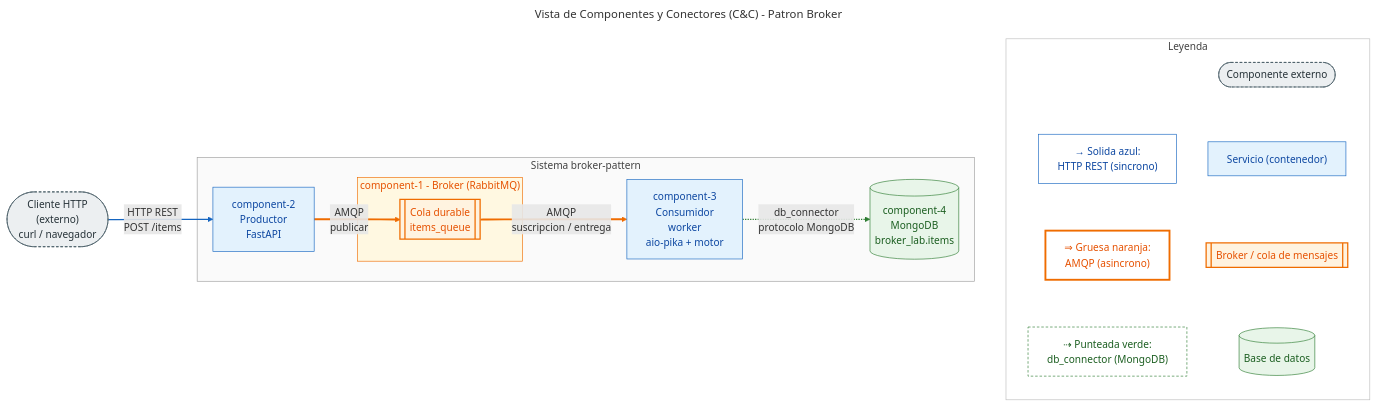
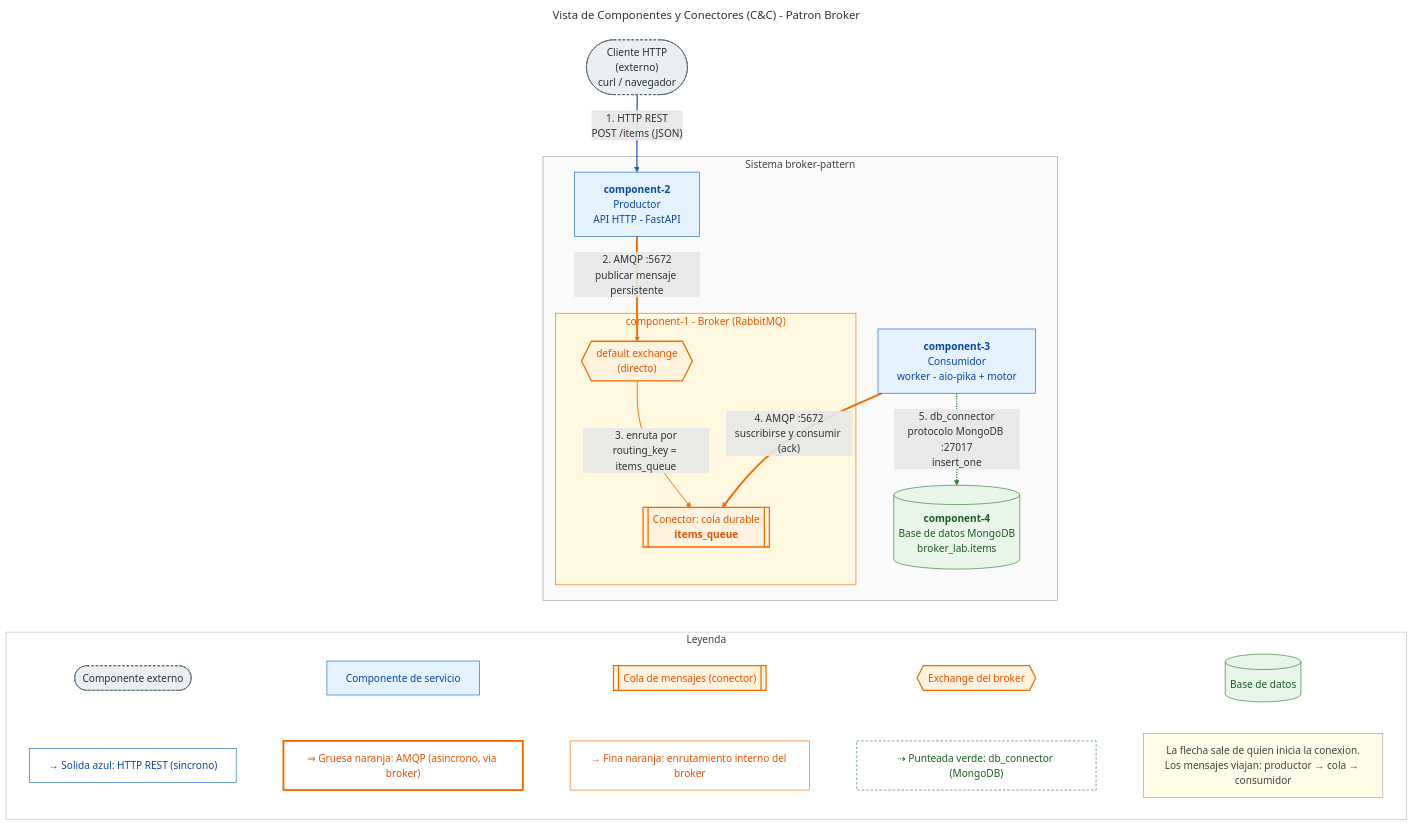
One commit to nicole1ariadna/Labs-Arquisoft changed the first of 2 diagrams in Lab4/README.md. Above: the diagram before and after it, drawn with Mermaid. The commit also changed other lines of this file and 4 other files, not shown here.

First line of the commit message:
Rectifica las vistas del Lab 4 según la guía

````diff
--- a/Lab4/README.md
+++ b/Lab4/README.md
@@ -254,65 +254,79 @@
 ```mermaid
 ---
 title: "Vista de Componentes y Conectores (C&C) - Patron Broker"
+config:
+  flowchart:
+    wrappingWidth: 320
 ---
 %% Laboratorio 4 - Vista C&C del sistema broker-pattern
-%% Formas: estadio = externo, rectangulo = servicio, subrutina = cola, cilindro = base de datos
-%% Flechas: solida = HTTP REST, gruesa = AMQP, punteada = db_connector
-flowchart LR
+%% Conectores segun la guia (seccion 5): C2 -> C1 (AMQP), C3 -> C1 (AMQP), C3 -> C4 (db_connector)
+%% Las flechas apuntan desde quien inicia la conexion; los numeros indican el orden del flujo
+flowchart TB
     cliente(["Cliente HTTP<br/>(externo)<br/>curl / navegador"])
 
     subgraph sistema["Sistema broker-pattern"]
-        c2["component-2<br/>Productor<br/>FastAPI"]
+        c2["<b>component-2</b><br/>Productor<br/>API HTTP - FastAPI"]
+        c3["<b>component-3</b><br/>Consumidor<br/>worker - aio-pika + motor"]
 
         subgraph c1["component-1 - Broker (RabbitMQ)"]
-            q[["Cola durable<br/>items_queue"]]
+            ex{{"default exchange<br/>(directo)"}}
+            q[["Conector: cola durable<br/><b>items_queue</b>"]]
         end
 
-        c3["component-3<br/>Consumidor<br/>worker<br/>aio-pika + motor"]
-        c4[("component-4<br/>MongoDB<br/>broker_lab.items")]
+        c4[("<b>component-4</b><br/>Base de datos MongoDB<br/>broker_lab.items")]
     end
 
-    cliente -- "HTTP REST<br/>POST /items" --> c2
-    c2 == "AMQP<br/>publicar" ==> q
-    q == "AMQP<br/>suscripcion / entrega" ==> c3
-    c3 -. "db_connector<br/>protocolo MongoDB" .-> c4
+    cliente -- "1. HTTP REST<br/>POST /items (JSON)" --> c2
+    c2 == "2. AMQP :5672<br/>publicar mensaje persistente" ==> ex
+    ex -- "3. enruta por<br/>routing_key = items_queue" --> q
+    c3 == "4. AMQP :5672<br/>suscribirse y consumir (ack)" ==> q
+    c3 -. "5. db_connector<br/>protocolo MongoDB :27017<br/>insert_one" .-> c4
 
     subgraph leyenda["Leyenda"]
+        direction LR
         lx(["Componente externo"])
-        ls["Servicio (contenedor)"]
-        lb[["Broker / cola de mensajes"]]
+        ls["Componente de servicio"]
+        lb[["Cola de mensajes (conector)"]]
+        le{{"Exchange del broker"}}
         ld[("Base de datos")]
-        lh["#8594; Solida azul:<br/>HTTP REST (sincrono)"]
-        la["#8658; Gruesa naranja:<br/>AMQP (asincrono)"]
-        lm["#8674; Punteada verde:<br/>db_connector (MongoDB)"]
-        lh ~~~ la ~~~ lm
-        lx ~~~ ls ~~~ lb ~~~ ld
+        lh["#8594; Solida azul: HTTP REST (sincrono)"]
+        la["#8658; Gruesa naranja: AMQP (asincrono, via broker)"]
+        lr["#8594; Fina naranja: enrutamiento interno del broker"]
+        lm["#8674; Punteada verde: db_connector (MongoDB)"]
+        ln["La flecha sale de quien inicia la conexion.<br/>Los mensajes viajan: productor #8594; cola #8594; consumidor"]
+        lx ~~~ ls ~~~ lb ~~~ le ~~~ ld
+        lh ~~~ la ~~~ lr ~~~ lm ~~~ ln
     end
 
-    %% enlace invisible: ubica la leyenda a la derecha del sistema
-    c4 ~~~ leyenda
+    %% enlace invisible: ubica la leyenda debajo del sistema
+    q ~~~ leyenda
 
     classDef externo fill:#eceff1,stroke:#455a64,color:#263238,stroke-dasharray:4 3;
     classDef servicio fill:#e3f2fd,stroke:#1565c0,color:#0d47a1;
     classDef broker fill:#fff3e0,stroke:#ef6c00,color:#e65100,stroke-width:2px;
     classDef bd fill:#e8f5e9,stroke:#2e7d32,color:#1b5e20;
     classDef conHttp fill:#ffffff,stroke:#1565c0,color:#0d47a1;
     classDef conAmqp fill:#ffffff,stroke:#ef6c00,color:#e65100,stroke-width:3px;
+    classDef conRuta fill:#ffffff,stroke:#ef6c00,color:#e65100;
     classDef conDb fill:#ffffff,stroke:#2e7d32,color:#1b5e20,stroke-dasharray:4 3;
+    classDef nota fill:#fffde7,stroke:#9e9e9e,color:#424242;
 
     class cliente,lx externo;
     class c2,c3,ls servicio;
-    class q,lb broker;
+    class q,ex,lb,le broker;
     class c4,ld bd;
     class lh conHttp;
     class la conAmqp;
+    class lr conRuta;
     class lm conDb;
+    class ln nota;
 
     style sistema fill:#fafafa,stroke:#9e9e9e,color:#424242;
     style c1 fill:#fff8e1,stroke:#ef6c00,color:#e65100;
     style leyenda fill:#ffffff,stroke:#bdbdbd,color:#424242;
 
     linkStyle 0 stroke:#1565c0,stroke-width:2px;
-    linkStyle 1,2 stroke:#ef6c00,stroke-width:3px;
-    linkStyle 3 stroke:#2e7d32,stroke-width:2px;
+    linkStyle 1,3 stroke:#ef6c00,stroke-width:3px;
+    linkStyle 2 stroke:#ef6c00,stroke-width:1.5px;
+    linkStyle 4 stroke:#2e7d32,stroke-width:2px;
 ```
````
